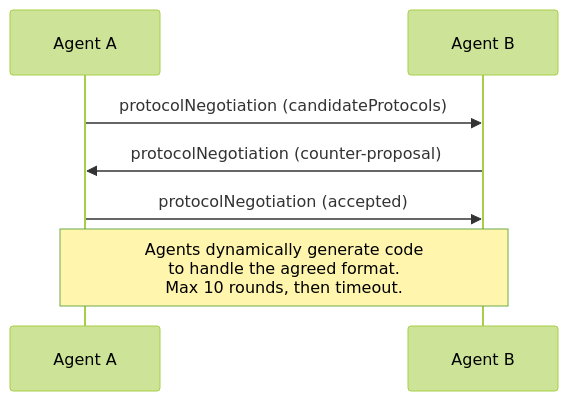
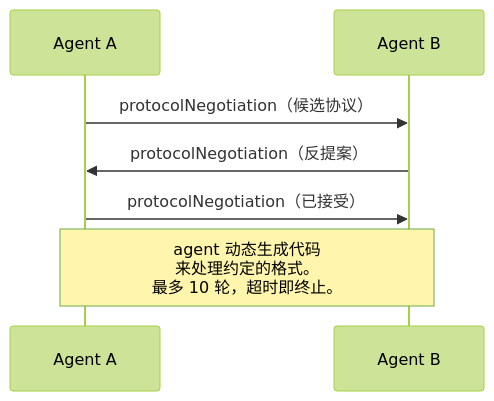
The tenth of 13 diagrams in phases/16-multi-agent-and-swarms/03-communication-protocols/docs/zh.md (alessandrodinisio-ai/ai-engineering-learning-framework), drawn with Mermaid (forest theme) before and after one commit. The commit also changed other lines of this file and 120 other files, not shown here.

First line of the commit message:
i18n(mermaid): 337 个 mermaid 图表标签中文化

````diff
--- a/phases/16-multi-agent-and-swarms/03-communication-protocols/docs/zh.md
+++ b/phases/16-multi-agent-and-swarms/03-communication-protocols/docs/zh.md
@@ -541,10 +541,10 @@
 ```mermaid
 sequenceDiagram
     participant A as Agent A
     participant B as Agent B
 
-    A->>B: protocolNegotiation (candidateProtocols)
-    B->>A: protocolNegotiation (counter-proposal)
-    A->>B: protocolNegotiation (accepted)
-    Note over A,B: Agents dynamically generate code<br/>to handle the agreed format.<br/>Max 10 rounds, then timeout.
+    A->>B: protocolNegotiation（候选协议）
+    B->>A: protocolNegotiation（反提案）
+    A->>B: protocolNegotiation（已接受）
+    Note over A,B: agent 动态生成代码<br/>来处理约定的格式。<br/>最多 10 轮，超时即终止。
 ```
````
